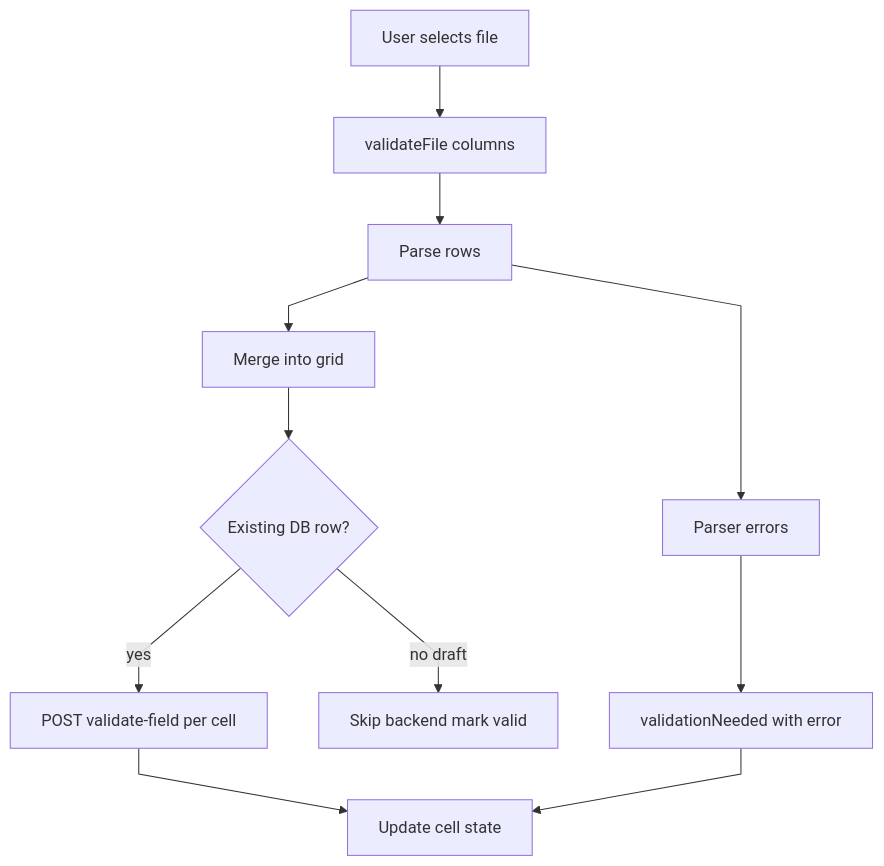
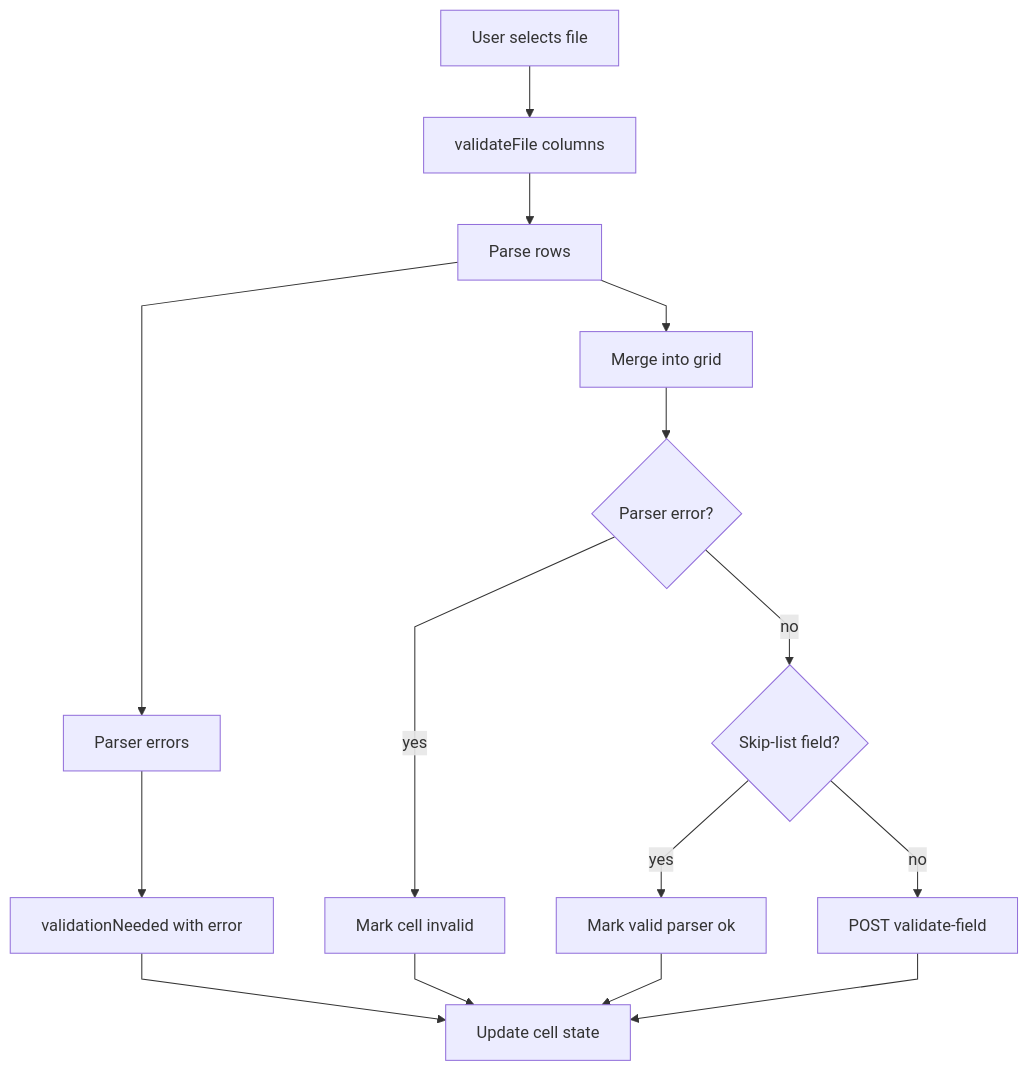
One commit to kavonjon/archive-software changed the fifth of 6 diagrams in docs/system-behavior/batch-editor/validation.md. Above: the diagram before and after it, drawn with Mermaid. The commit also changed other lines of this file and 7 other files, not shown here.

````diff
--- a/docs/system-behavior/batch-editor/validation.md
+++ b/docs/system-behavior/batch-editor/validation.md
@@ -177,14 +177,18 @@
 ```mermaid
 %%{init: {'flowchart': {'curve': 'linear'}}}%%
 flowchart TD
   A[User selects file] --> B[validateFile columns]
   B --> C[Parse rows]
   C --> D[Parser errors]
   D --> E[validationNeeded with error]
   C --> F[Merge into grid]
-  F --> G{Existing DB row?}
-  G -->|no draft| H[Skip backend mark valid]
-  G -->|yes| I[POST validate-field per cell]
-  I --> J[Update cell state]
-  E --> J
+  F --> G{Parser error?}
+  G -->|yes| H[Mark cell invalid]
+  G -->|no| I{Skip-list field?}
+  I -->|yes| J[Mark valid parser ok]
+  I -->|no| K[POST validate-field]
+  K --> L[Update cell state]
+  H --> L
+  J --> L
+  E --> L
 ```
````
